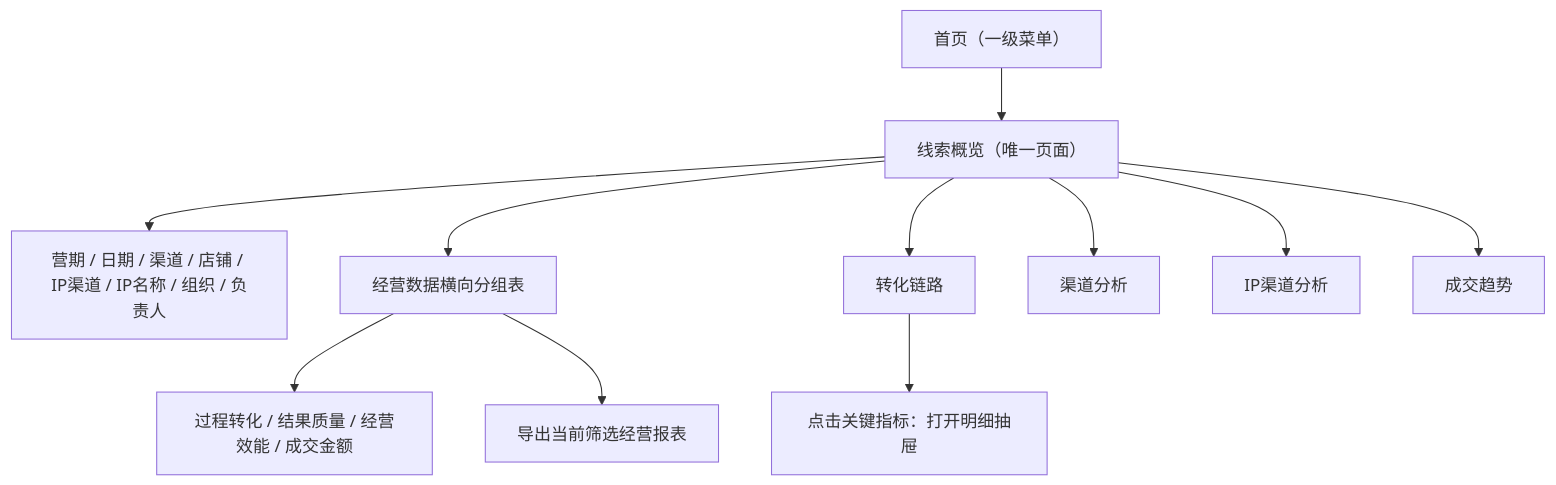
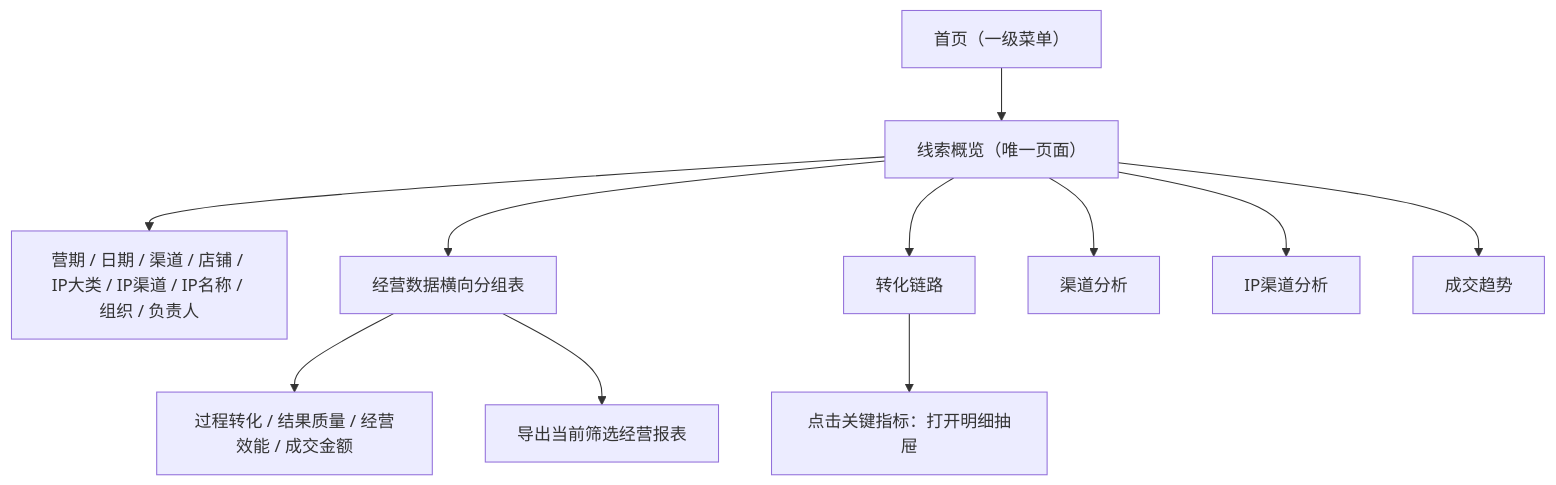
One commit to freya-pr/heshu-boss-demo changed the diagram in docs/product/合数BOSS V1.0首页需求文档.md. Above: the diagram before and after it, drawn with Mermaid. The commit also changed other lines of this file and 8 other files, not shown here.

````diff
--- a/docs/product/合数BOSS V1.0首页需求文档.md
+++ b/docs/product/合数BOSS V1.0首页需求文档.md
@@ -28,13 +30,13 @@
 ```mermaid
 flowchart TB
     HOME["首页（一级菜单）"] --> ANALYTICS["线索概览（唯一页面）"]
-    ANALYTICS --> FILTER["营期 / 日期 / 渠道 / 店铺 / IP渠道 / IP名称 / 组织 / 负责人"]
+    ANALYTICS --> FILTER["营期 / 日期 / 渠道 / 店铺 / IP大类 / IP渠道 / IP名称 / 组织 / 负责人"]
     ANALYTICS --> REPORT["经营数据横向分组表"]
     ANALYTICS --> JOURNEY["转化链路"]
     JOURNEY --> DRILL["点击关键指标：打开明细抽屉"]
     REPORT --> MATRIX["过程转化 / 结果质量 / 经营效能 / 成交金额"]
     ANALYTICS --> CHANNEL["渠道分析"]
     ANALYTICS --> IP["IP渠道分析"]
     ANALYTICS --> TREND["成交趋势"]
     REPORT --> EXPORT["导出当前筛选经营报表"]
 ```
````
